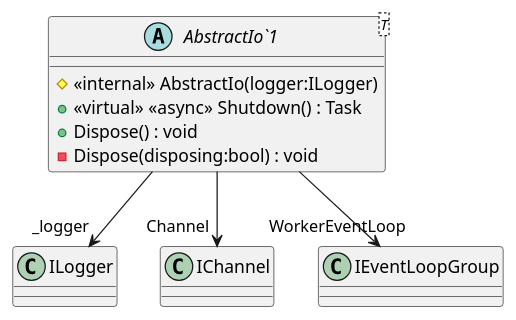
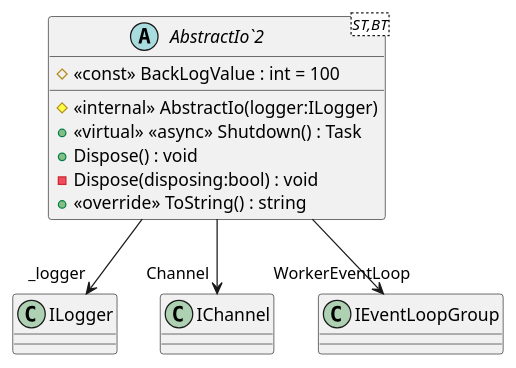
The diagram in Documentation/UML/Catalyst.Node.Common/Helpers/IO/AbstractIO.puml (catalyst-network/Catalyst), drawn with PlantUML before and after one commit. The commit also changed 29 other files, not shown here.

```diff
--- a/Documentation/UML/Catalyst.Node.Common/Helpers/IO/AbstractIO.puml
+++ b/Documentation/UML/Catalyst.Node.Common/Helpers/IO/AbstractIO.puml
@@ -1,11 +1,13 @@
 @startuml
-abstract class "AbstractIo`1"<T> {
+abstract class "AbstractIo`2"<ST,BT> {
+    # <<const>> BackLogValue : int = 100
     # <<internal>> AbstractIo(logger:ILogger)
     + <<virtual>> <<async>> Shutdown() : Task
     + Dispose() : void
     - Dispose(disposing:bool) : void
+    + <<override>> ToString() : string
 }
-"AbstractIo`1" --> "_logger" ILogger
-"AbstractIo`1" --> "Channel" IChannel
-"AbstractIo`1" --> "WorkerEventLoop" IEventLoopGroup
+"AbstractIo`2" --> "_logger" ILogger
+"AbstractIo`2" --> "Channel" IChannel
+"AbstractIo`2" --> "WorkerEventLoop" IEventLoopGroup
 @enduml
```
